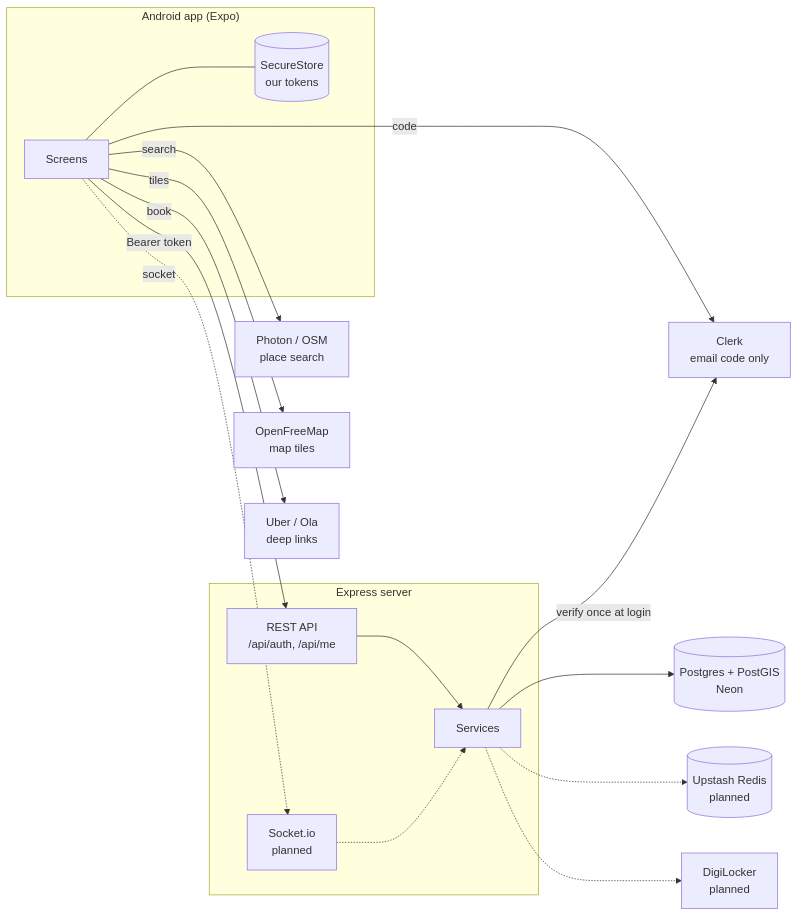
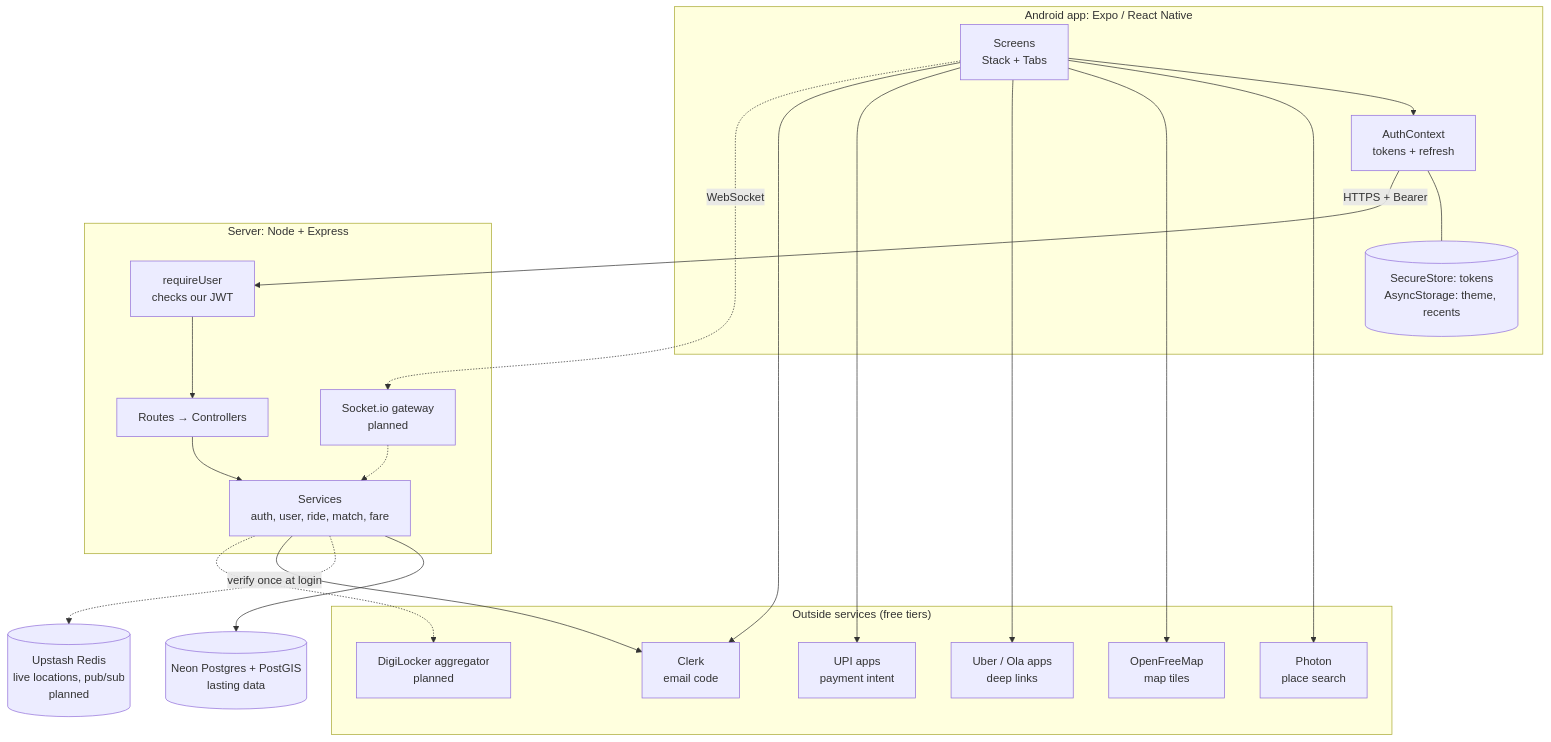
Before and after one commit to yatinsingh2007/HopShare: the first of 14 diagrams in README.md, drawn with Mermaid. The commit also changed other lines of this file and 5 other files, not shown here.

````diff
--- a/README.md
+++ b/README.md
@@ -60,36 +72,41 @@
 ```mermaid
-flowchart LR
-    subgraph Phone["Android app (Expo)"]
-        UI[Screens]
-        SS[(SecureStore<br/>our tokens)]
+flowchart TB
+    subgraph Phone["Android app: Expo / React Native"]
+        Screens[Screens<br/>Stack + Tabs]
+        Auth[AuthContext<br/>tokens + refresh]
+        Store[(SecureStore: tokens<br/>AsyncStorage: theme, recents)]
     end
 
-    Clerk[Clerk<br/>email code only]
-    Photon[Photon / OSM<br/>place search]
-    Tiles[OpenFreeMap<br/>map tiles]
-    Cab[Uber / Ola<br/>deep links]
-
-    subgraph Server["Express server"]
-        REST[REST API<br/>/api/auth, /api/me]
-        IO[Socket.io<br/>planned]
-        SVC[Services]
+    subgraph Ext["Outside services (free tiers)"]
+        Clerk[Clerk<br/>email code]
+        Photon[Photon<br/>place search]
+        Tiles[OpenFreeMap<br/>map tiles]
+        CabApps[Uber / Ola apps<br/>deep links]
+        UPI[UPI apps<br/>payment intent]
+        DL[DigiLocker aggregator<br/>planned]
     end
 
-    PG[(Postgres + PostGIS<br/>Neon)]
-    RD[(Upstash Redis<br/>planned)]
-    DL[DigiLocker<br/>planned]
+    subgraph API["Server: Node + Express"]
+        MW[requireUser<br/>checks our JWT]
+        Routes[Routes → Controllers]
+        Services[Services<br/>auth, user, ride, match, fare]
+        Sock[Socket.io gateway<br/>planned]
+    end
 
-    UI -- code --> Clerk
-    UI -- search --> Photon
-    UI -- tiles --> Tiles
-    UI -- book --> Cab
-    UI -- Bearer token --> REST
-    UI -. socket .-> IO
-    UI --- SS
-    REST --> SVC
-    IO -.-> SVC
-    SVC -- verify once at login --> Clerk
-    SVC --> PG
-    SVC -.-> RD
-    SVC -.-> DL
+    PG[(Neon Postgres + PostGIS<br/>lasting data)]
+    Redis[(Upstash Redis<br/>live locations, pub/sub<br/>planned)]
+
+    Screens --> Auth
+    Auth --- Store
+    Screens --> Photon
+    Screens --> Tiles
+    Screens --> CabApps
+    Screens --> UPI
+    Screens --> Clerk
+    Auth -- HTTPS + Bearer --> MW --> Routes --> Services
+    Screens -. WebSocket .-> Sock -.-> Services
+    Services --> PG
+    Services -.-> Redis
+    Services -- verify once at login --> Clerk
+    Services -.-> DL
 ```
````
